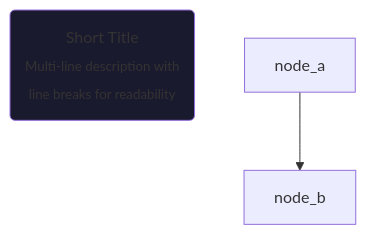
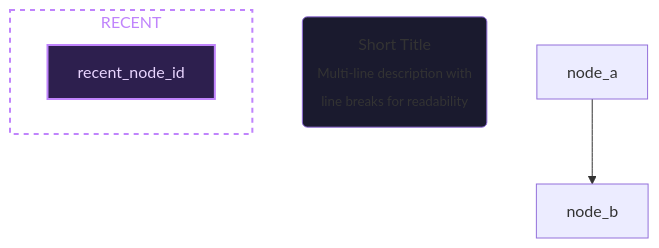
Before and after one commit to NamHyeongKeol/viz-vibe: the sixth of 11 diagrams in shared/templates/VIZVIBE.md, drawn with Mermaid. The commit also changed other lines of this file and 4 other files, not shown here.

````diff
--- a/shared/templates/VIZVIBE.md
+++ b/shared/templates/VIZVIBE.md
@@ -507,17 +534,25 @@
 ```mermaid
 flowchart TD
     %% === PROJECT GOALS ===
     %% Ultimate Goal: [describe the final objective]
     %% Current Goal: [describe immediate focus]
-    %% @lastActive: node_id
 
     %% === NODES ===
     %% @node_id [type, state]
     node_id("Short Title<br/><sub>Multi-line description with<br/>line breaks for readability</sub>")
+
+    %% === RECENT ===
+    subgraph recent [RECENT]
+        recent_node_id
+    end
 
     %% === EDGES ===
     node_a --> node_b
 
     %% === STYLES ===
     style node_id fill:#1a1a2e,stroke:#color,color:#text
+    %% Recent node (bright purple)
+    style recent_node_id fill:#2d1f4e,stroke:#c084fc,color:#e9d5ff,stroke-width:2px
+    %% Recent subgraph (dashed border)
+    style recent fill:transparent,stroke:#c084fc,color:#c084fc,stroke-width:2px,stroke-dasharray:5 5
 ```
````
